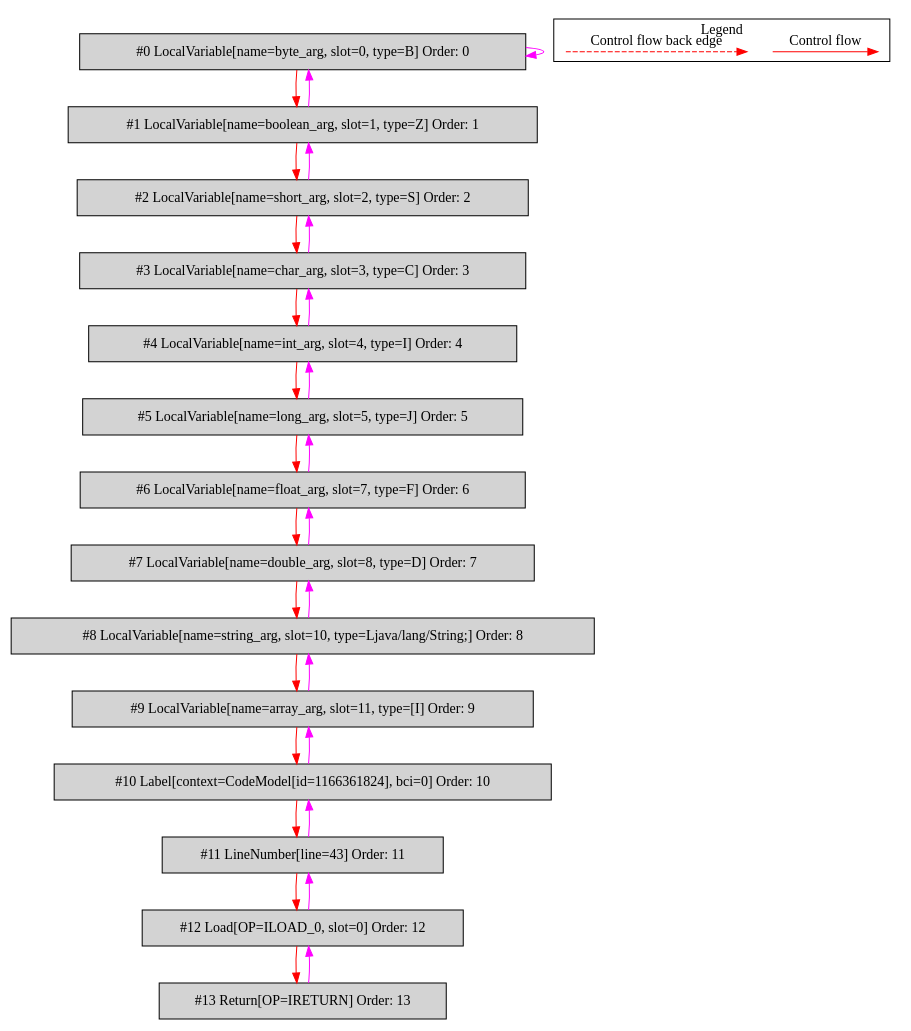
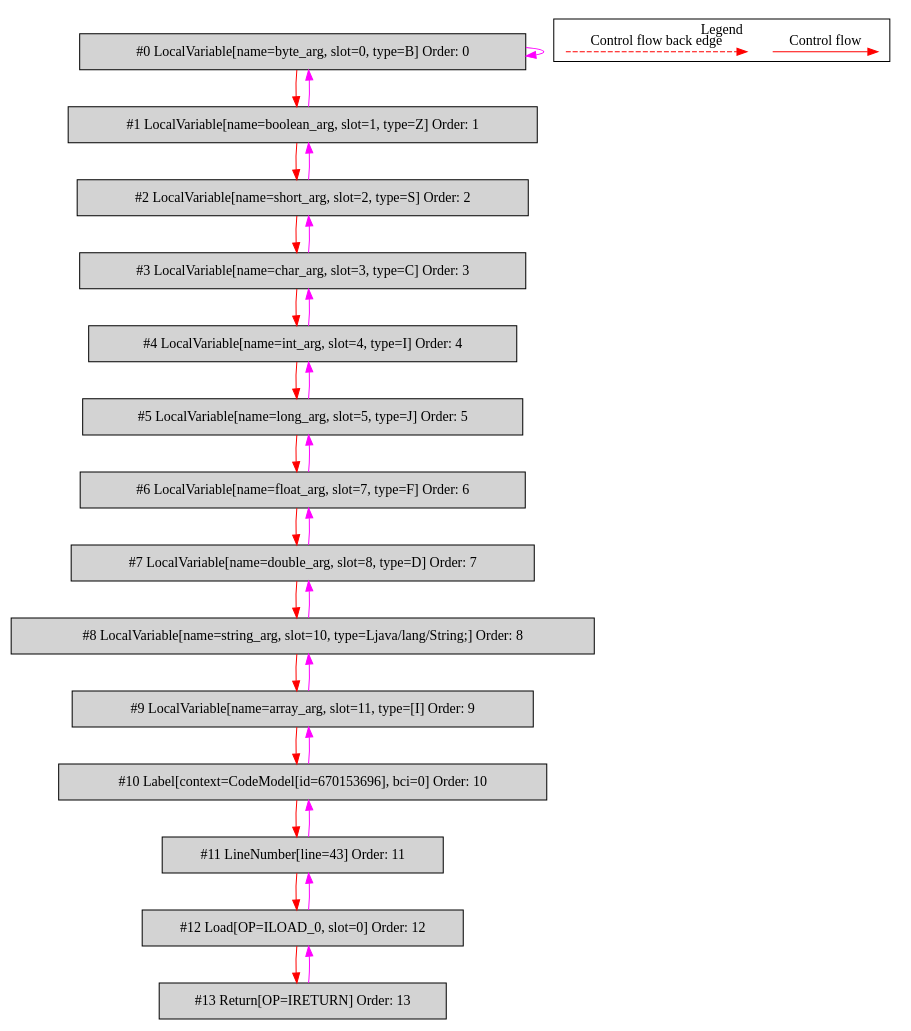
Before and after one commit to mirkosertic/MetaIR: the diagram in de.mirkosertic.metair.ir.examples.MethodInvokeTest/simple_method_return_byte/bytecodecfg.dot, drawn with Graphviz. The commit also changed 434 other files, not shown here.

```diff
--- a/de.mirkosertic.metair.ir.examples.MethodInvokeTest/simple_method_return_byte/bytecodecfg.dot
+++ b/de.mirkosertic.metair.ir.examples.MethodInvokeTest/simple_method_return_byte/bytecodecfg.dot
@@ -1,58 +1,58 @@
 digraph {
  ordering="in";
  node0[label="#0 LocalVariable[name=byte_arg, slot=0, type=B] Order: 0", shape=box, fillcolor=lightgrey, style=filled];
  node1[label="#1 LocalVariable[name=boolean_arg, slot=1, type=Z] Order: 1", shape=box, fillcolor=lightgrey, style=filled];
  node2[label="#2 LocalVariable[name=short_arg, slot=2, type=S] Order: 2", shape=box, fillcolor=lightgrey, style=filled];
  node3[label="#3 LocalVariable[name=char_arg, slot=3, type=C] Order: 3", shape=box, fillcolor=lightgrey, style=filled];
  node4[label="#4 LocalVariable[name=int_arg, slot=4, type=I] Order: 4", shape=box, fillcolor=lightgrey, style=filled];
  node5[label="#5 LocalVariable[name=long_arg, slot=5, type=J] Order: 5", shape=box, fillcolor=lightgrey, style=filled];
  node6[label="#6 LocalVariable[name=float_arg, slot=7, type=F] Order: 6", shape=box, fillcolor=lightgrey, style=filled];
  node7[label="#7 LocalVariable[name=double_arg, slot=8, type=D] Order: 7", shape=box, fillcolor=lightgrey, style=filled];
  node8[label="#8 LocalVariable[name=string_arg, slot=10, type=Ljava/lang/String;] Order: 8", shape=box, fillcolor=lightgrey, style=filled];
  node9[label="#9 LocalVariable[name=array_arg, slot=11, type=[I] Order: 9", shape=box, fillcolor=lightgrey, style=filled];
- node10[label="#10 Label[context=CodeModel[id=1166361824], bci=0] Order: 10", shape=box, fillcolor=lightgrey, style=filled];
+ node10[label="#10 Label[context=CodeModel[id=670153696], bci=0] Order: 10", shape=box, fillcolor=lightgrey, style=filled];
  node11[label="#11 LineNumber[line=43] Order: 11", shape=box, fillcolor=lightgrey, style=filled];
  node12[label="#12 Load[OP=ILOAD_0, slot=0] Order: 12", shape=box, fillcolor=lightgrey, style=filled];
  node13[label="#13 Return[OP=IRETURN] Order: 13", shape=box, fillcolor=lightgrey, style=filled];
  node0 -> node0[color=fuchsia];
  node0 -> node1[color=red];
  node1 -> node0[color=fuchsia];
  node1 -> node2[color=red];
  node2 -> node1[color=fuchsia];
  node2 -> node3[color=red];
  node3 -> node2[color=fuchsia];
  node3 -> node4[color=red];
  node4 -> node3[color=fuchsia];
  node4 -> node5[color=red];
  node5 -> node4[color=fuchsia];
  node5 -> node6[color=red];
  node6 -> node5[color=fuchsia];
  node6 -> node7[color=red];
  node7 -> node6[color=fuchsia];
  node7 -> node8[color=red];
  node8 -> node7[color=fuchsia];
  node8 -> node9[color=red];
  node9 -> node8[color=fuchsia];
  node9 -> node10[color=red];
  node10 -> node9[color=fuchsia];
  node10 -> node11[color=red];
  node11 -> node10[color=fuchsia];
  node11 -> node12[color=red];
  node12 -> node11[color=fuchsia];
  node12 -> node13[color=red];
  node13 -> node12[color=fuchsia];
  subgraph cluster_000 {
   label = "Legend";
   node [shape=point]
   {
    rank=same;
    c0 [style = invis];
    c1 [style = invis];
    c2 [style = invis];
    c3 [style = invis];
   }
   c0 -> c1 [label="Control flow", style=solid, color=red]
   c2 -> c3 [label="Control flow back edge", style=dashed, color=red]
  }
 
 }
```
